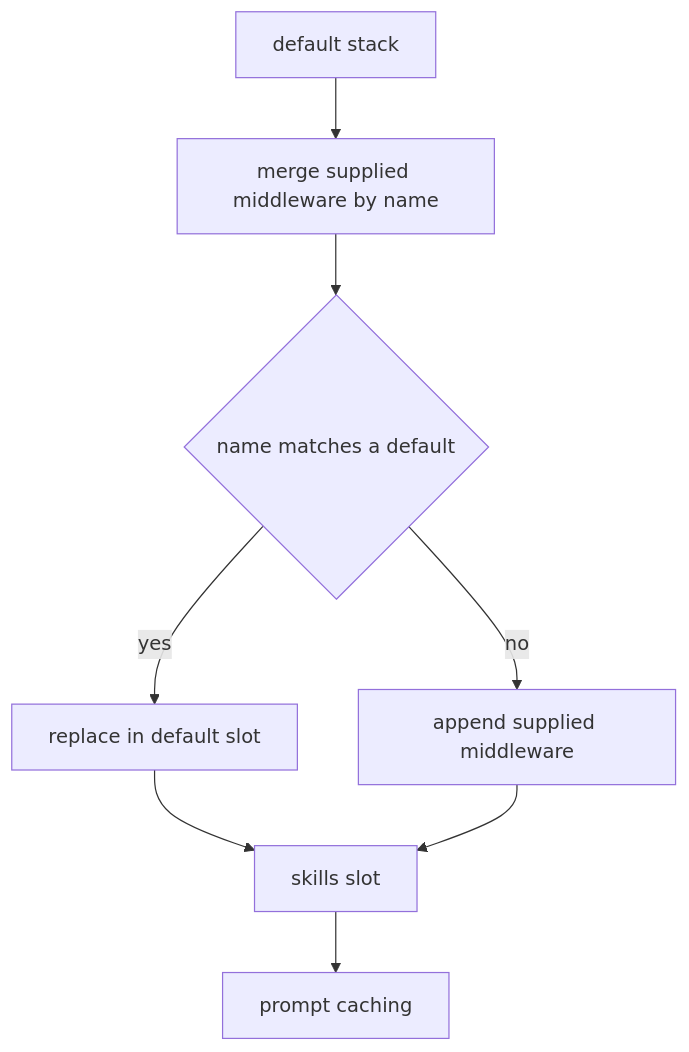
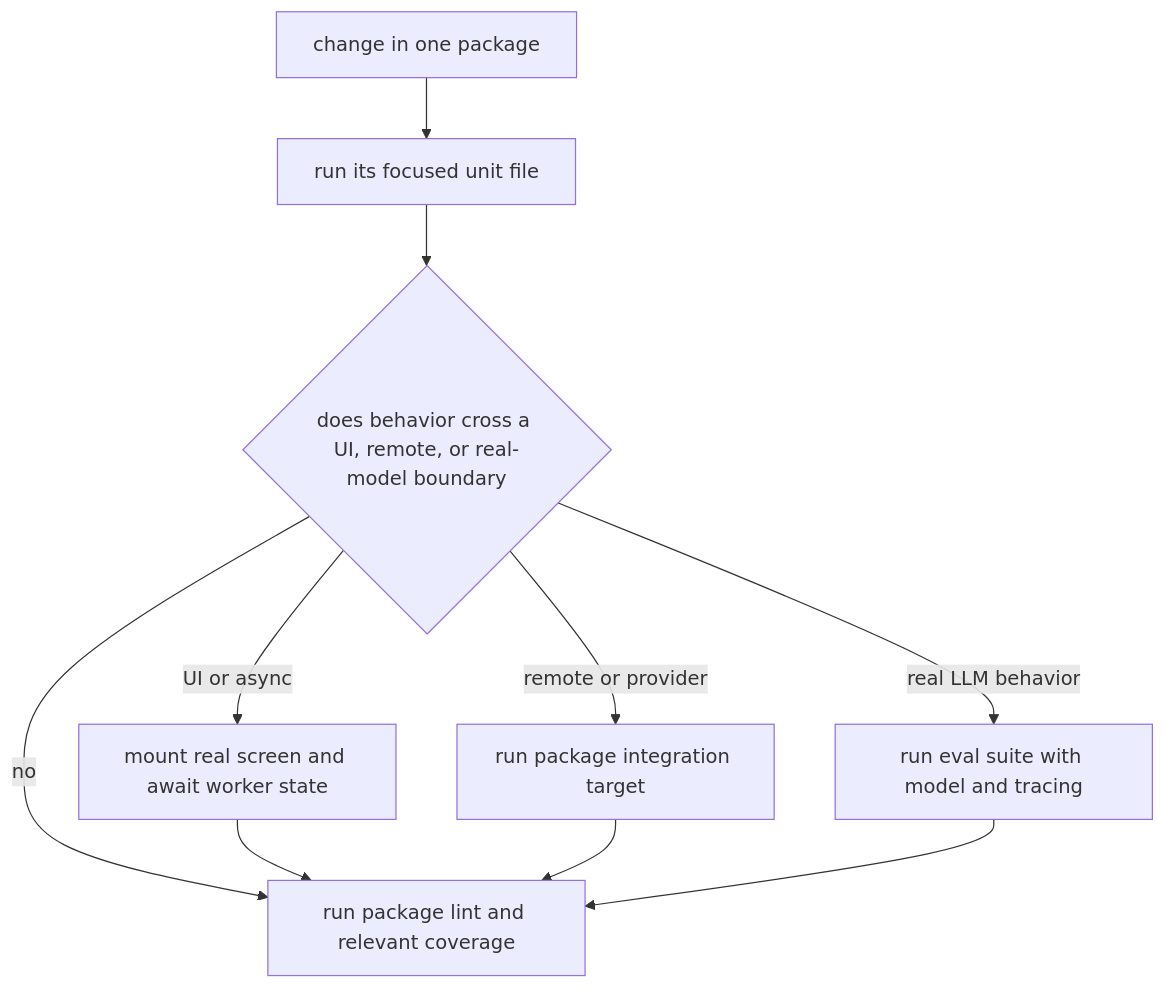
One commit to langchain-ai/deepagents changed the first of 2 diagrams in openwiki/testing/testing-guide.md. Above: the diagram before and after it, drawn with Mermaid. The commit also changed other lines of this file and 67 other files, not shown here.

````diff
--- a/openwiki/testing/testing-guide.md
+++ b/openwiki/testing/testing-guide.md
@@ -64,10 +97,12 @@
 ```mermaid
 flowchart TD
-    Base["default stack"] --> Merge["merge supplied middleware by name"]
-    Merge --> Replace{"name matches a default"}
-    Replace -->|yes| Slot["replace in default slot"]
-    Replace -->|no| Append["append supplied middleware"]
-    Slot --> Skills["skills slot"]
-    Append --> Skills
-    Skills --> Cache["prompt caching"]
+    Change["change in one package"] --> Narrow["run its focused unit file"]
+    Narrow --> Boundary{"does behavior cross a UI, remote, or real-model boundary"}
+    Boundary -->|no| Quality["run package lint and relevant coverage"]
+    Boundary -->|UI or async| Mounted["mount real screen and await worker state"]
+    Boundary -->|remote or provider| Integration["run package integration target"]
+    Boundary -->|real LLM behavior| Eval["run eval suite with model and tracing"]
+    Mounted --> Quality
+    Integration --> Quality
+    Eval --> Quality
 ```
````
